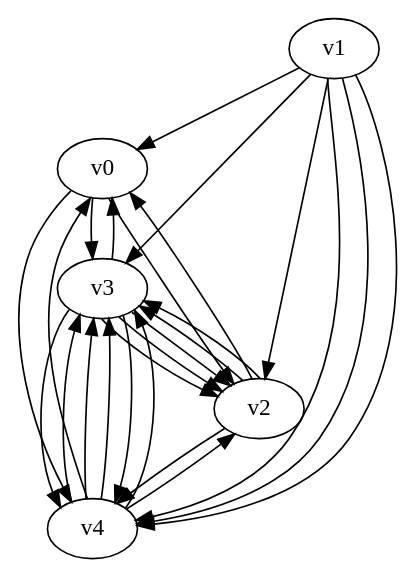
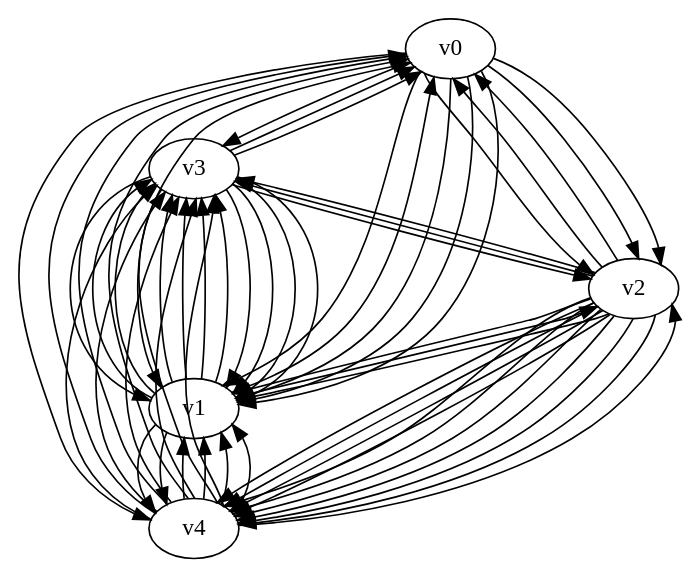
Before and after one commit to yadej/graph_project: the diagram in diagraph.dot, drawn with Graphviz. The commit also changed 2 other files, not shown here.

```diff
--- a/diagraph.dot
+++ b/diagraph.dot
@@ -1,16 +1,28 @@
 digraph G { 
 v0 -> v3;
 v0 -> v4 -> v3;
 v1 -> v0 -> v2;
 v1 -> v2;
-v1 -> v3 -> v2;
-v1 -> v4 -> v2;
-v1 -> v4 -> v3 -> v2;
-v1 -> v4 -> v3 -> v2;
-v2 -> v0;
-v2 -> v3 -> v4;
-v2 -> v3 -> v4;
-v2 -> v4 -> v3;
-v3 -> v0;
-v4 -> v0;
+v1 -> v4 -> v0;
+v1 -> v4 -> v0;
+v2 -> v0 -> v1;
+v2 -> v0 -> v1;
+v2 -> v1 -> v3;
+v2 -> v1 -> v3;
+v2 -> v3 -> v1;
+v2 -> v3 -> v1;
+v2 -> v4 -> v0 -> v1;
+v2 -> v4 -> v0 -> v1;
+v2 -> v4 -> v1 -> v3;
+v2 -> v4 -> v1 -> v3;
+v2 -> v4 -> v1 -> v3;
+v2 -> v4 -> v1 -> v3;
+v2 -> v4 -> v3 -> v1;
+v2 -> v4 -> v3 -> v1;
+v2 -> v4 -> v3 -> v1;
+v2 -> v4 -> v3 -> v1;
+v3 -> v0 -> v2;
+v3 -> v0 -> v2;
+v3 -> v2;
+v4 -> v2;
 }
```
